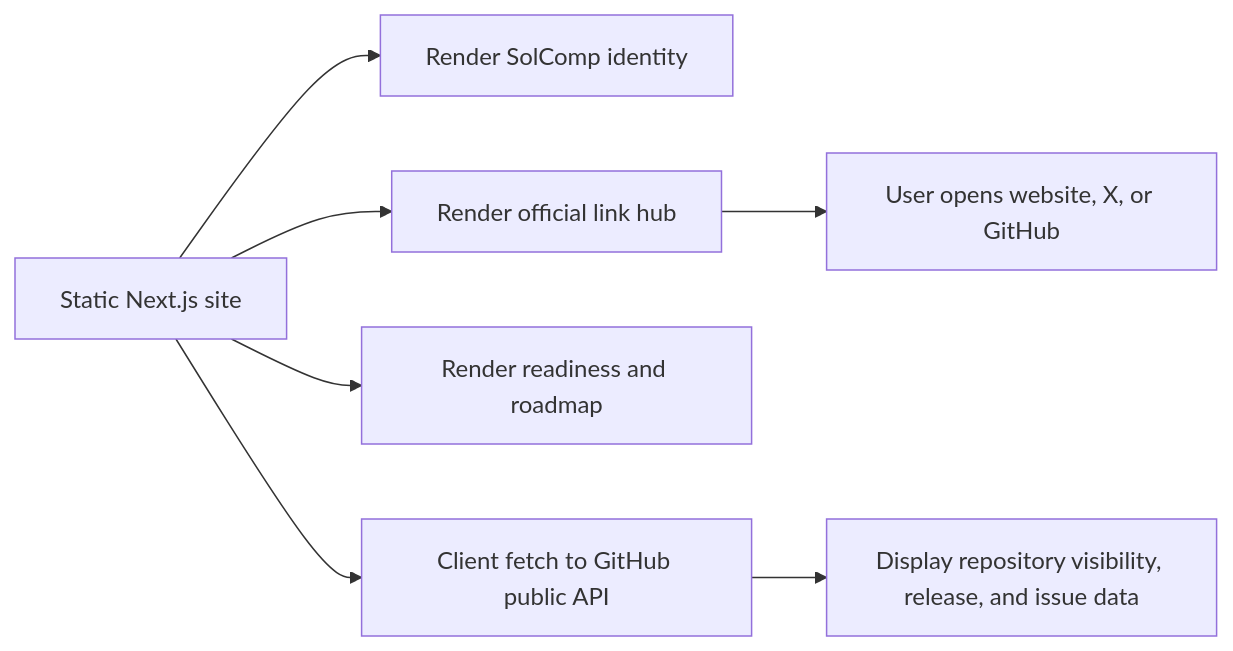
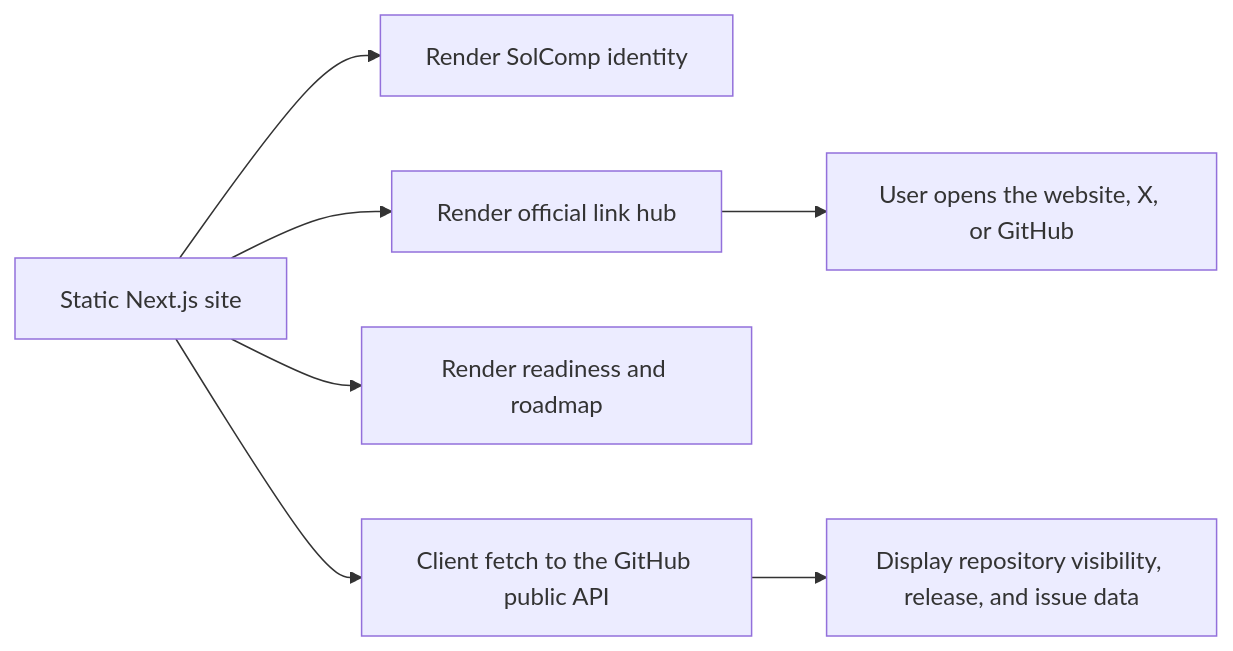
Before and after one commit to viet20016602/GitTh4Gmail: the second of 2 diagrams in README.md, drawn with Mermaid. The commit also changed other lines of this file and 1 other file, not shown here.

Commit message:
Refine README flow and support links

````diff
--- a/README.md
+++ b/README.md
@@ -172,9 +172,9 @@
 ```mermaid
 flowchart LR
-    A[Static Next.js site] --> B[Render SolComp identity]
-    A --> C[Render official link hub]
-    A --> D[Render readiness and roadmap]
-    C --> E[User opens website, X, or GitHub]
-    A --> F[Client fetch to GitHub public API]
-    F --> G[Display repository visibility, release, and issue data]
+    A["Static Next.js site"] --> B["Render SolComp identity"]
+    A --> C["Render official link hub"]
+    A --> D["Render readiness and roadmap"]
+    C --> E["User opens the website, X, or GitHub"]
+    A --> F["Client fetch to the GitHub public API"]
+    F --> G["Display repository visibility, release, and issue data"]
 ```
````
